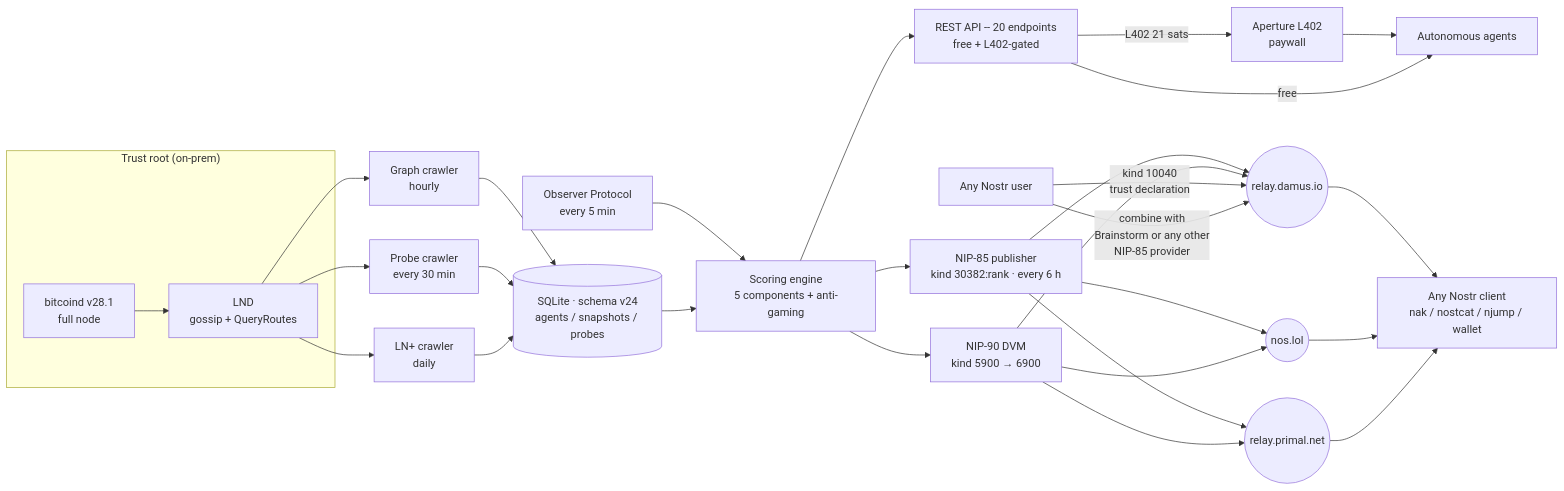
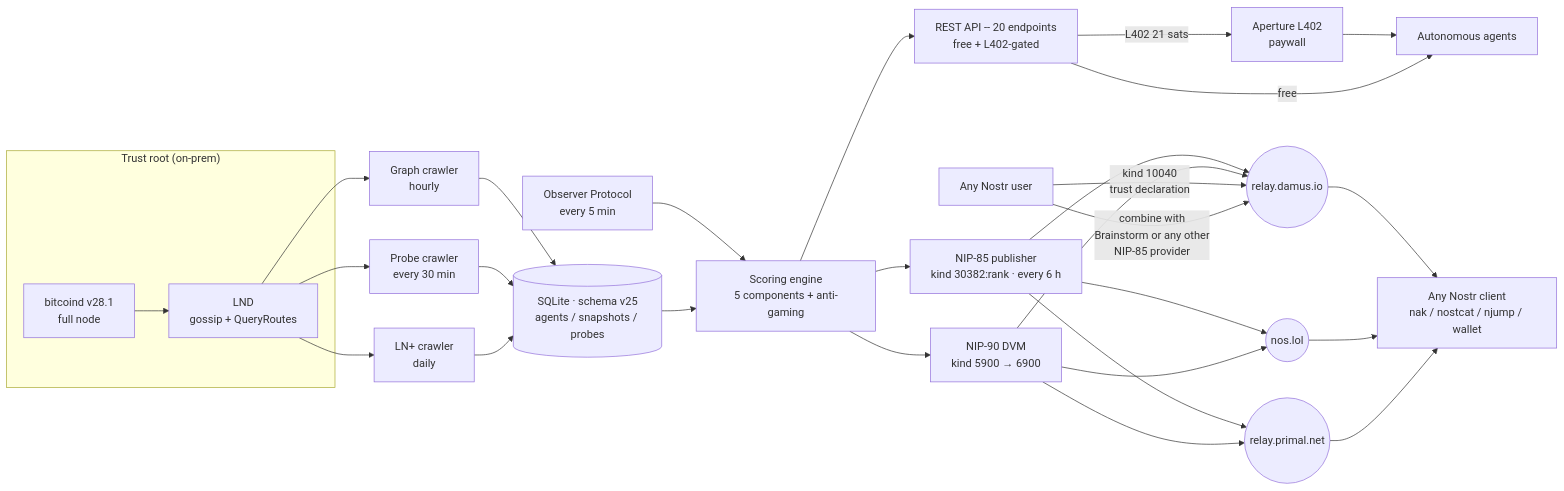
One commit to proofoftrust21/satrank changed the diagram in IMPACT-STATEMENT-FULL.md. Above: the diagram before and after it, drawn with Mermaid. The commit also changed other lines of this file and 4 other files, not shown here.

````diff
--- a/IMPACT-STATEMENT-FULL.md
+++ b/IMPACT-STATEMENT-FULL.md
@@ -47,41 +47,41 @@
 ```mermaid
 flowchart LR
   subgraph TrustRoot["Trust root (on-prem)"]
     BTC[bitcoind v28.1<br/>full node]
     LND[LND<br/>gossip + QueryRoutes]
   end
 
   BTC --> LND
 
   LND --> GC[Graph crawler<br/>hourly]
   LND --> PC[Probe crawler<br/>every 30 min]
   LND --> LP[LN+ crawler<br/>daily]
   OBS[Observer Protocol<br/>every 5 min] --> SE
 
-  GC --> DB[(SQLite · schema v24<br/>agents / snapshots / probes)]
+  GC --> DB[(SQLite · schema v25<br/>agents / snapshots / probes)]
   PC --> DB
   LP --> DB
 
   DB --> SE[Scoring engine<br/>5 components + anti-gaming]
 
   SE --> API[REST API -- 20 endpoints<br/>free + L402-gated]
   SE --> NP[NIP-85 publisher<br/>kind 30382:rank · every 6 h]
   SE --> DVM[NIP-90 DVM<br/>kind 5900 → 6900]
 
   NP --> R1((relay.damus.io))
   NP --> R2((nos.lol))
   NP --> R3((relay.primal.net))
   DVM --> R1
   DVM --> R2
   DVM --> R3
 
   API -->|L402 21 sats| L402[Aperture L402<br/>paywall]
   L402 --> AGENTS[Autonomous agents]
   API -->|free| AGENTS
   R1 --> CLIENTS[Any Nostr client<br/>nak / nostcat / njump / wallet]
   R2 --> CLIENTS
   R3 --> CLIENTS
 
   USER[Any Nostr user] -->|kind 10040<br/>trust declaration| R1
   USER -->|combine with<br/>Brainstorm or any other<br/>NIP-85 provider| R1
 ```
````
